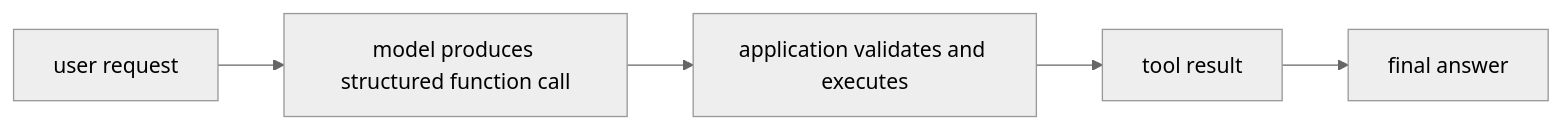
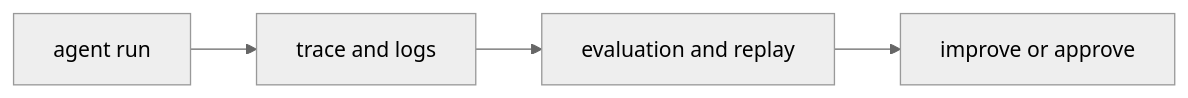
The diagram in docs/parts/part-05/chapter-14/section-02.md (devchan64/AiBook), drawn with Mermaid (neutral theme) before and after one commit. The commit also changed other lines of this file and 47 other files, not shown here.

````diff
--- a/docs/parts/part-05/chapter-14/section-02.md
+++ b/docs/parts/part-05/chapter-14/section-02.md
@@ -121,10 +119,9 @@
 ```mermaid
 flowchart LR
-  A["user request"]
-  B["model produces structured function call"]
-  C["application validates and executes"]
-  D["tool result"]
-  E["final answer"]
+  A["agent run"]
+  B["trace and logs"]
+  C["evaluation and replay"]
+  D["improve or approve"]
 
-  A --> B --> C --> D --> E
+  A --> B --> C --> D
 ```
````
